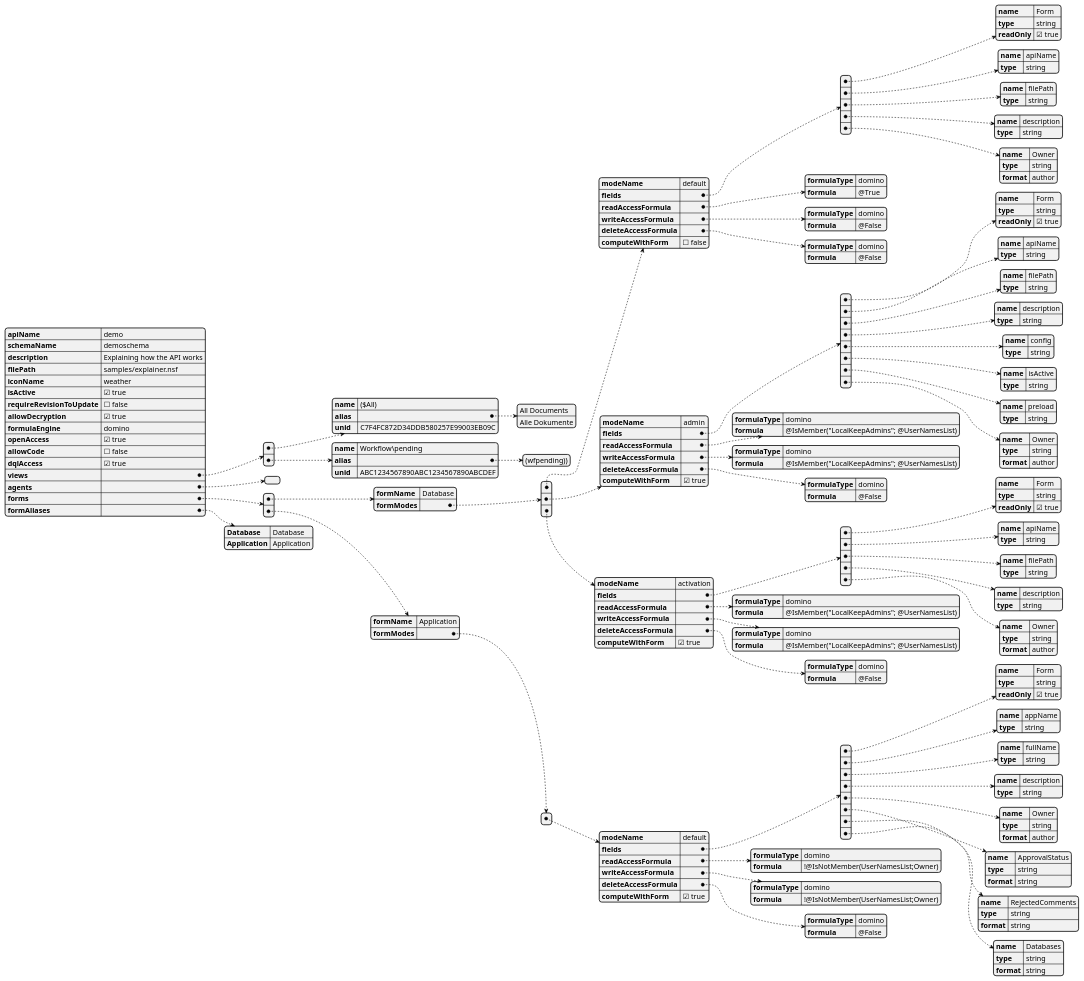
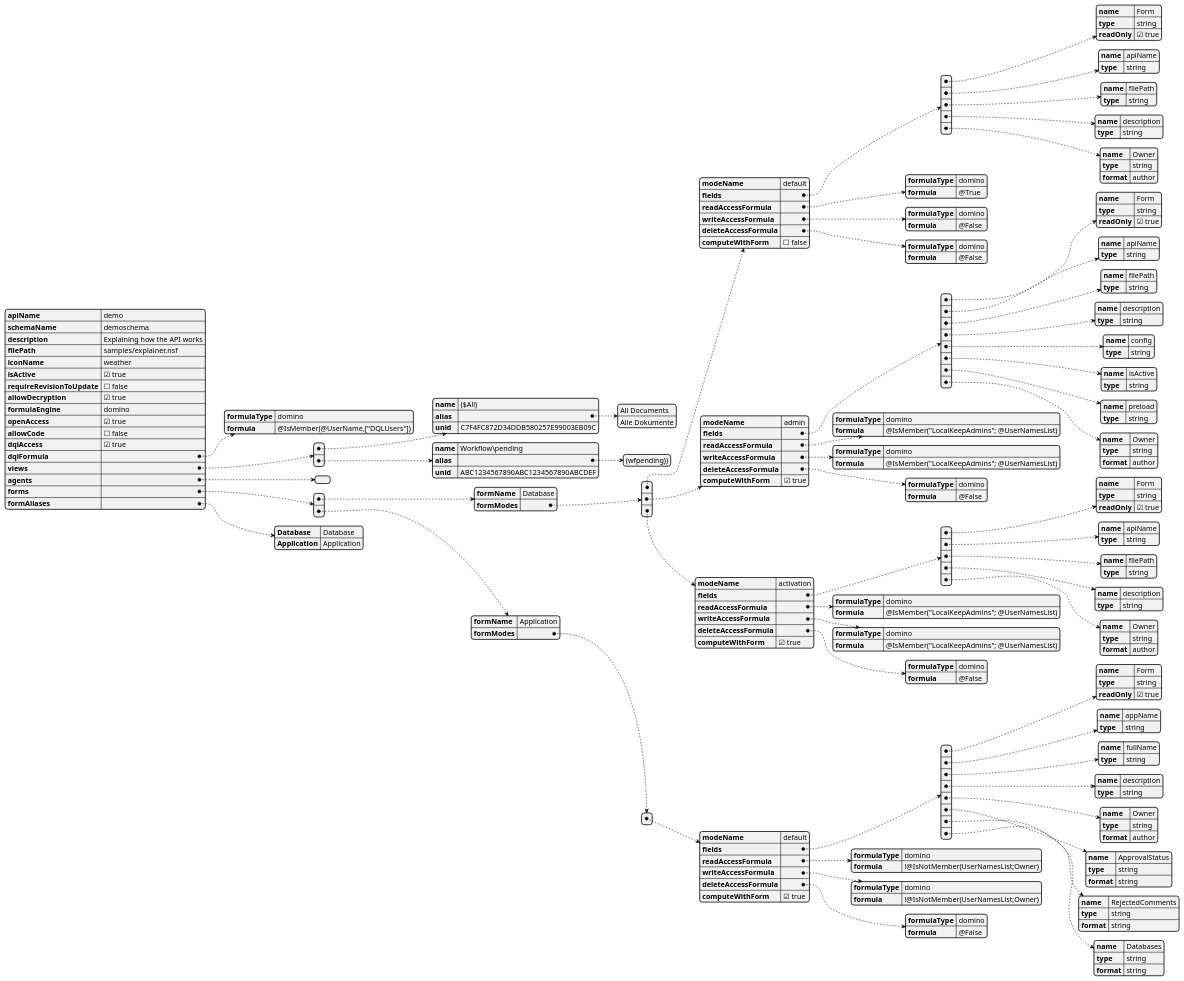
Before and after one commit to HCL-TECH-SOFTWARE/domino-keep-docs: the diagram in docs/assets/images/plantuml/schema-complete.puml, drawn with PlantUML. The commit also changed 31 other files, not shown here.

```diff
--- a/docs/assets/images/plantuml/schema-complete.puml
+++ b/docs/assets/images/plantuml/schema-complete.puml
@@ -12,6 +12,10 @@
 	"openAccess": true,
 	"allowCode": false,
 	"dqlAccess": true,
+    "dqlFormula" : {
+        "formulaType" : "domino",
+        "formula" : "@IsMember(@UserName,[\"DQLUsers\"])"
+    }, 
 	"views": [
         {
             "name": "($All)",
```
